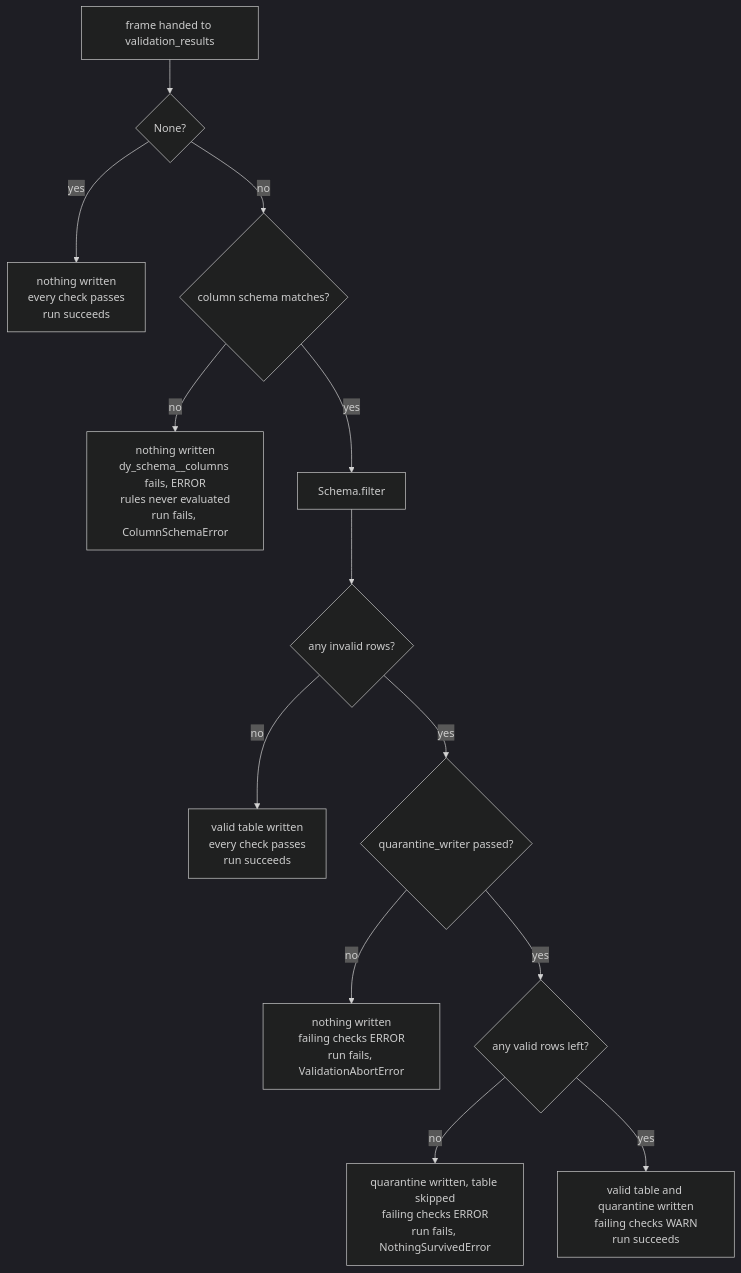
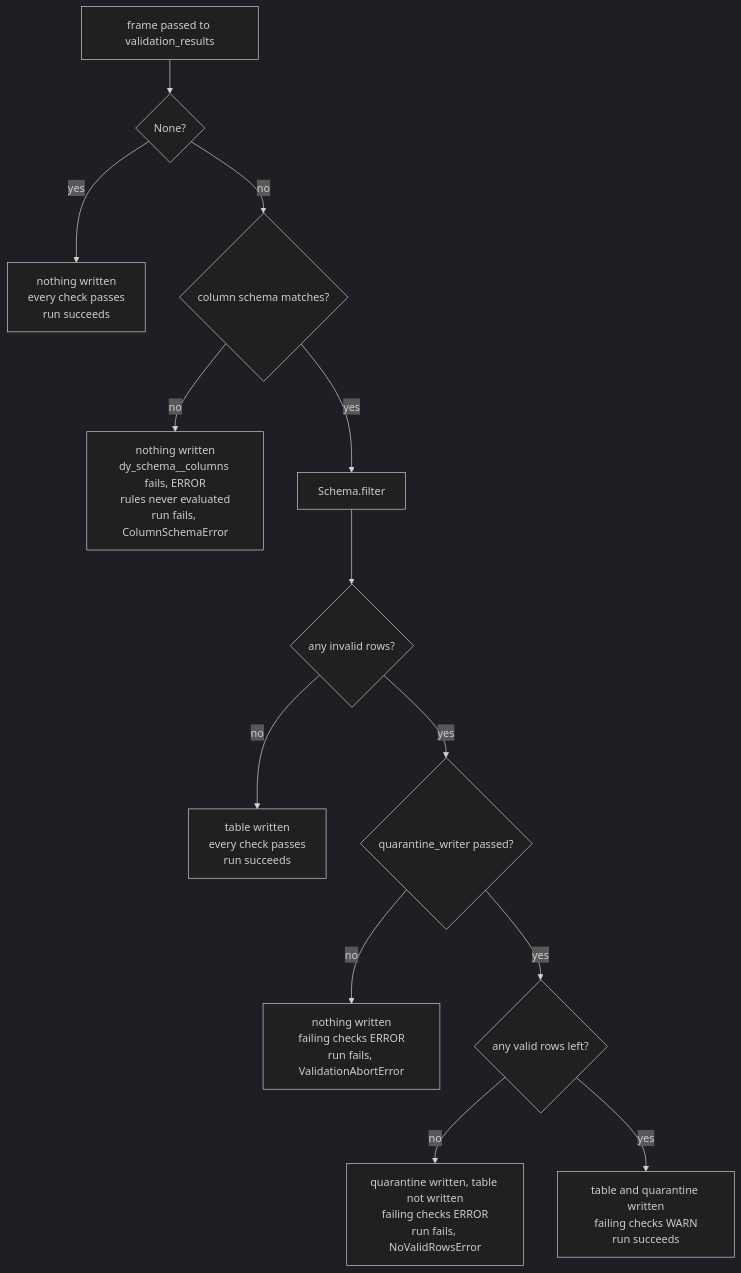
Before and after one commit to ozanozbeker/dagster-dataframely: the first of 2 diagrams in user_guide/hand-wiring.qmd, drawn with Mermaid (dark theme). The commit also changed other lines of this file and 46 other files, not shown here.

````diff
--- a/user_guide/hand-wiring.qmd
+++ b/user_guide/hand-wiring.qmd
@@ -67,16 +67,16 @@
 ```{mermaid}
 %%| label: hand-wiring-outcomes
 flowchart TD
-    F["frame handed to validation_results"] --> N{"None?"}
+    F["frame passed to validation_results"] --> N{"None?"}
     N -- yes --> SKIP["nothing written<br/>every check passes<br/>run succeeds"]
     N -- no --> CS{"column schema matches?"}
     CS -- no --> DRIFT["nothing written<br/>dy_schema__columns fails, ERROR<br/>rules never evaluated<br/>run fails, ColumnSchemaError"]
     CS -- yes --> FILTER["Schema.filter"]
     FILTER --> ANY{"any invalid rows?"}
-    ANY -- no --> CLEAN["valid table written<br/>every check passes<br/>run succeeds"]
+    ANY -- no --> CLEAN["table written<br/>every check passes<br/>run succeeds"]
     ANY -- yes --> Q{"quarantine_writer passed?"}
     Q -- no --> ABORT["nothing written<br/>failing checks ERROR<br/>run fails, ValidationAbortError"]
     Q -- yes --> SURV{"any valid rows left?"}
-    SURV -- no --> NONE["quarantine written, table skipped<br/>failing checks ERROR<br/>run fails, NothingSurvivedError"]
-    SURV -- yes --> PARTIAL["valid table and quarantine written<br/>failing checks WARN<br/>run succeeds"]
+    SURV -- no --> NONE["quarantine written, table not written<br/>failing checks ERROR<br/>run fails, NoValidRowsError"]
+    SURV -- yes --> PARTIAL["table and quarantine written<br/>failing checks WARN<br/>run succeeds"]
 ```
````
